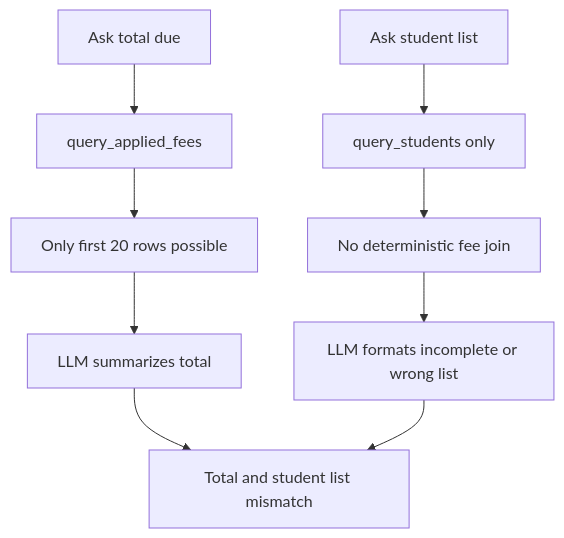
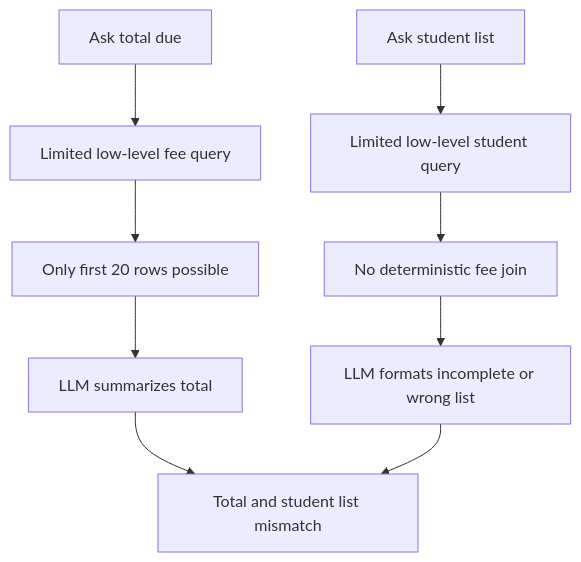
The eighth of 13 diagrams in schoolservice.md (pawanm992002/AI_CHATBOT), drawn with Mermaid before and after one commit. The commit also changed other lines of this file and 16 other files, not shown here.

````diff
--- a/schoolservice.md
+++ b/schoolservice.md
@@ -321,13 +356,13 @@
 ```mermaid
 flowchart TD
-    Q1[Ask total due] --> FeesTool[query_applied_fees]
+    Q1[Ask total due] --> FeesTool[Limited low-level fee query]
     FeesTool --> Limit20[Only first 20 rows possible]
     Limit20 --> LLMTotal[LLM summarizes total]
 
-    Q2[Ask student list] --> StudentsTool[query_students only]
+    Q2[Ask student list] --> StudentsTool[Limited low-level student query]
     StudentsTool --> NoFeeJoin[No deterministic fee join]
     NoFeeJoin --> Guess[LLM formats incomplete or wrong list]
 
     LLMTotal --> Mismatch[Total and student list mismatch]
     Guess --> Mismatch
 ```
````
